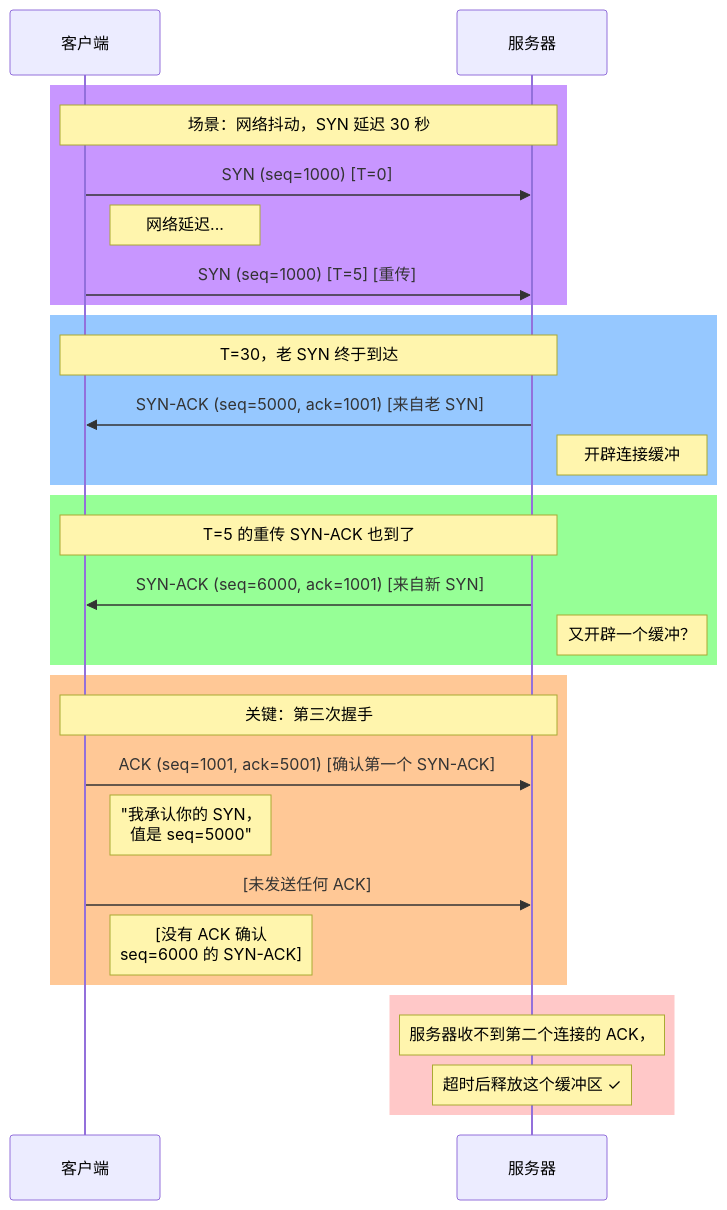
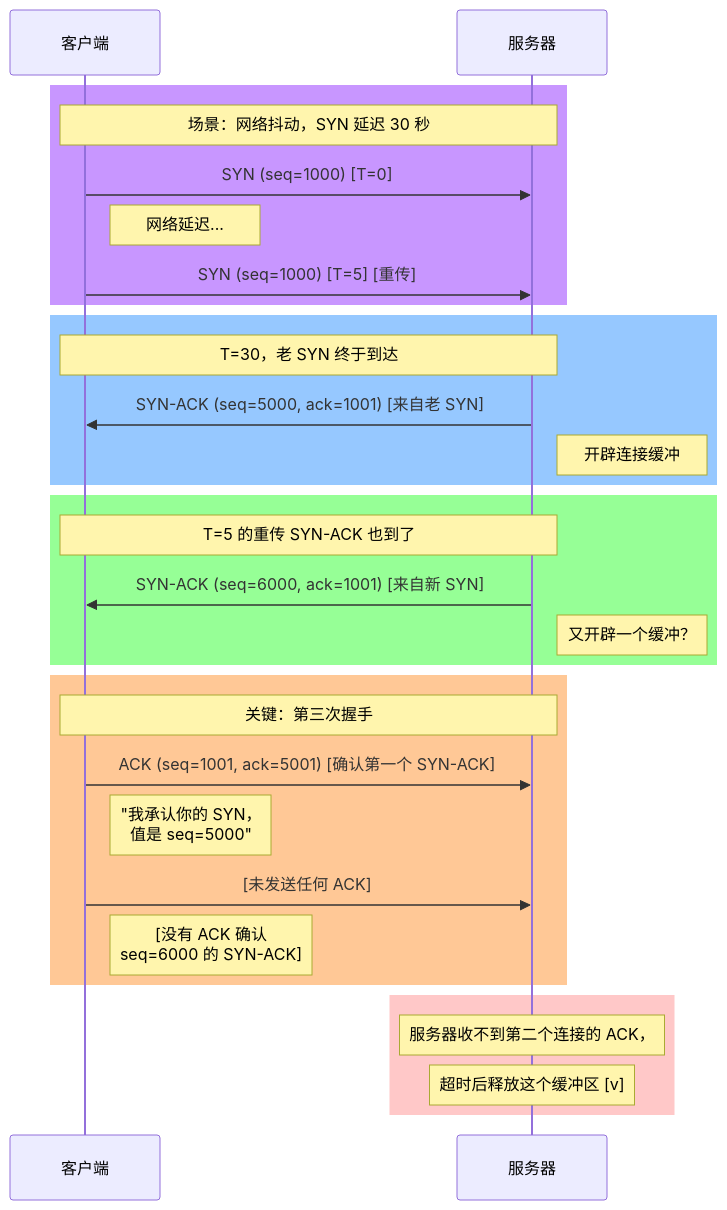
Before and after one commit to SKT-Shurima/NetworkMastery: the seventh of 18 diagrams in docs/guide/basics/tcpip.md, drawn with Mermaid. The commit also changed other lines of this file and 26 other files, not shown here.

````diff
--- a/docs/guide/basics/tcpip.md
+++ b/docs/guide/basics/tcpip.md
@@ -262,37 +262,37 @@
 ```mermaid
 sequenceDiagram
     participant C as 客户端
     participant S as 服务器
     
     rect rgb(200, 150, 255)
     Note over C,S: 场景：网络抖动，SYN 延迟 30 秒
     C->>S: SYN (seq=1000) [T=0]
     Note right of C: 网络延迟...
     C->>S: SYN (seq=1000) [T=5] [重传]
     end
     
     rect rgb(150, 200, 255)
     Note over C,S: T=30，老 SYN 终于到达
     S->>C: SYN-ACK (seq=5000, ack=1001) [来自老 SYN]
     Note right of S: 开辟连接缓冲
     end
     
     rect rgb(150, 255, 150)
     Note over C,S: T=5 的重传 SYN-ACK 也到了
     S->>C: SYN-ACK (seq=6000, ack=1001) [来自新 SYN]
     Note right of S: 又开辟一个缓冲？
     end
     
     rect rgb(255, 200, 150)
     Note over C,S: 关键：第三次握手
     C->>S: ACK (seq=1001, ack=5001) [确认第一个 SYN-ACK]
     Note right of C: "我承认你的 SYN，<br/>值是 seq=5000"
     C->>S: [未发送任何 ACK]
     Note right of C: [没有 ACK 确认<br/>seq=6000 的 SYN-ACK]
     end
     
     rect rgb(255, 200, 200)
     Note over S: 服务器收不到第二个连接的 ACK，
-    Note over S: 超时后释放这个缓冲区 ✓
+    Note over S: 超时后释放这个缓冲区 [v]
     end
 ```
````
